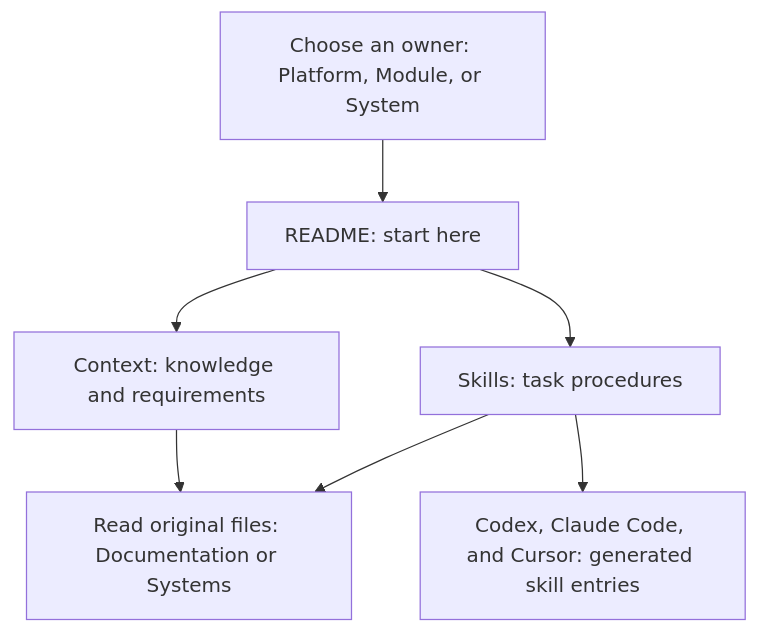
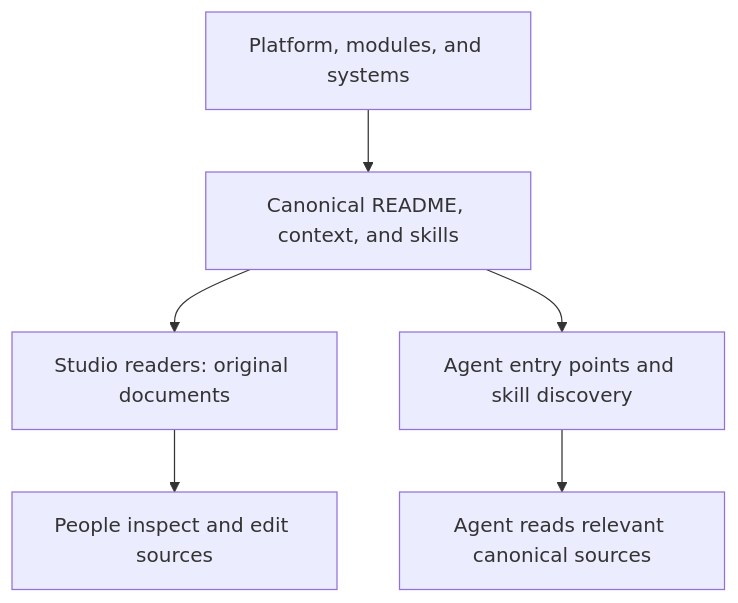
Before and after one commit to itspatmorgan/design-studio-starter: the diagram in src/modules/documentation/pages/agent-context.md, drawn with Mermaid. The commit also changed other lines of this file and 7 other files, not shown here.

Commit message:
Add an Agents guide section with focused architecture diagrams

````diff
--- a/src/modules/documentation/pages/agent-context.md
+++ b/src/modules/documentation/pages/agent-context.md
@@ -17,11 +33,10 @@
 ```mermaid
 flowchart TD
-  accTitle: Find context and skills by owner
-  accDescr: Platform, modules, and systems each have a README entry point, context, and optional skills. Documentation reads platform and module files; Systems reads system context and skills. Harness entries expose the skills to agents.
-  owners[Choose an owner: Platform, Module, or System] --> readme[README: start here]
-  readme --> context[Context: knowledge and requirements]
-  readme --> skills[Skills: task procedures]
-  context --> browser[Read original files: Documentation or Systems]
-  skills --> browser
-  skills --> harness[Codex, Claude Code, and Cursor: generated skill entries]
+  accTitle: One authored source with several consumers
+  accDescr: Platform, modules, and systems own canonical README, context, and skill files. Human readers and agent discovery use those sources without creating independently authored copies.
+  owners[Platform, modules, and systems] --> sources[Canonical README, context, and skills]
+  sources --> browser[Studio readers: original documents]
+  sources --> routes[Agent entry points and skill discovery]
+  browser --> people[People inspect and edit sources]
+  routes --> agent[Agent reads relevant canonical sources]
 ```
````
